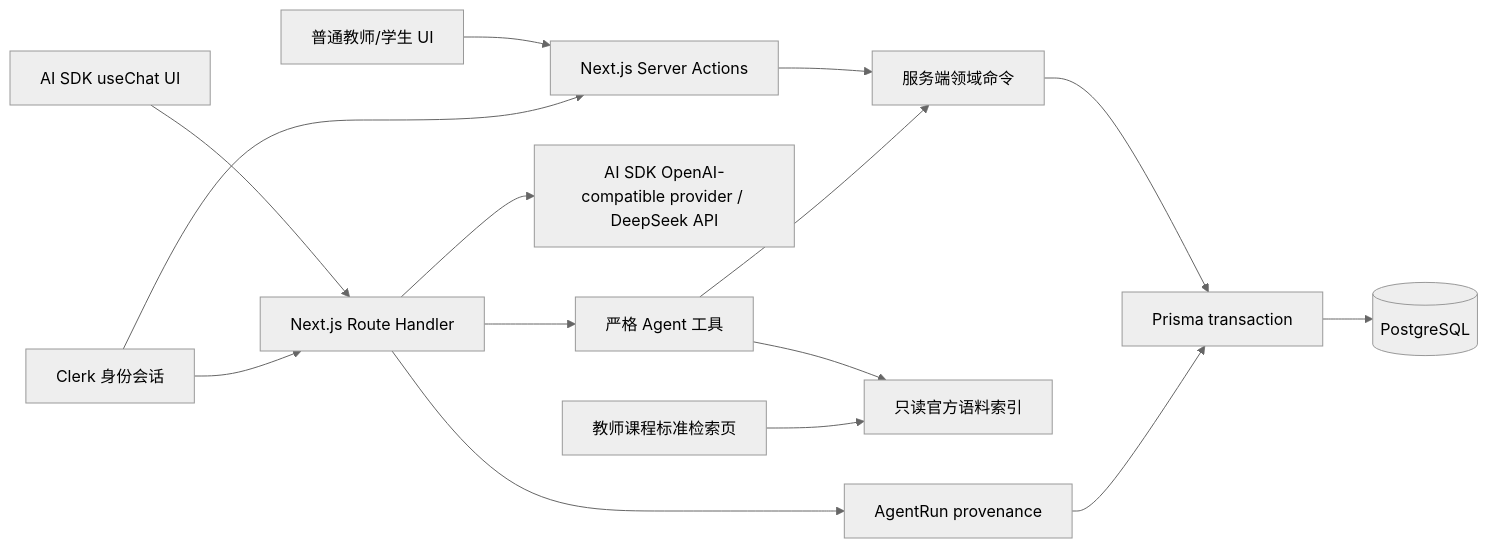
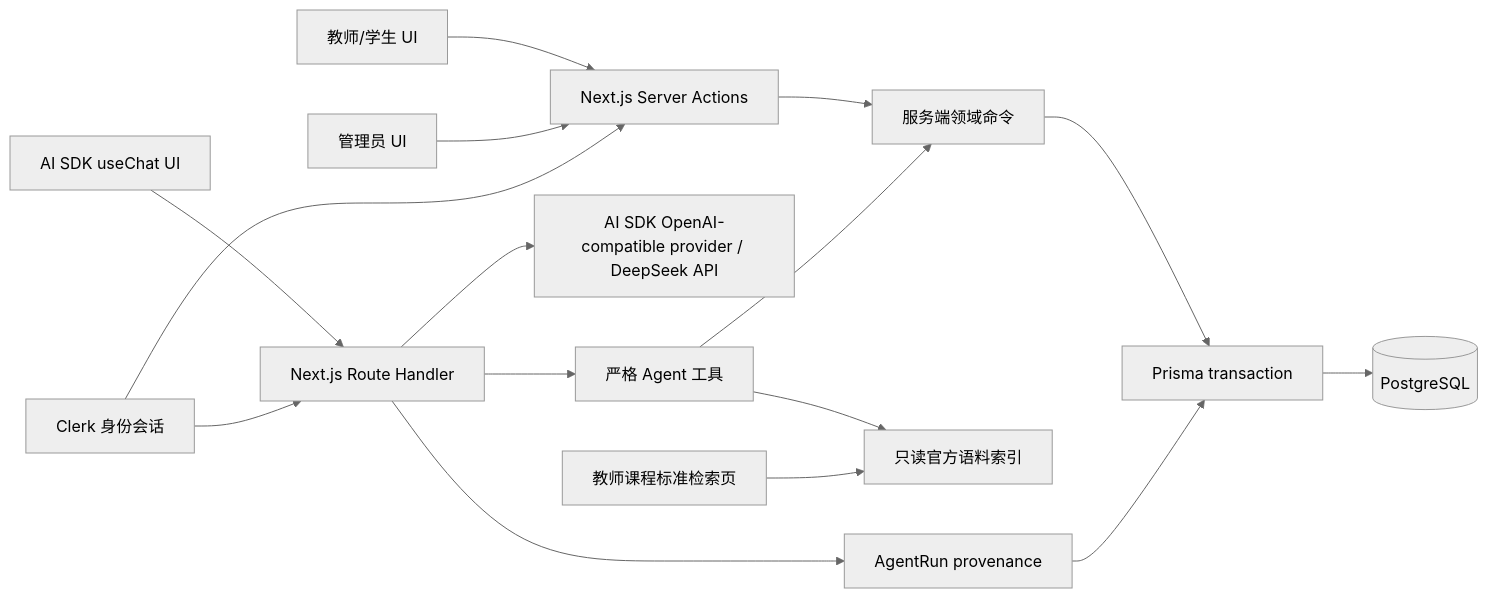
Before and after one commit to linics/cdas-next: the diagram in ARCHITECTURE.md, drawn with Mermaid (neutral theme). The commit also changed other lines of this file and 157 other files, not shown here.

````diff
--- a/ARCHITECTURE.md
+++ b/ARCHITECTURE.md
@@ -8,17 +8,18 @@
 ```mermaid
 flowchart LR
-  UI[普通教师/学生 UI] --> Entry[Next.js Server Actions]
+  UI[教师/学生 UI] --> Entry[Next.js Server Actions]
+  AdminUI[管理员 UI] --> Entry
   Agent[AI SDK useChat UI] --> AgentRoute[Next.js Route Handler]
   Clerk[Clerk 身份会话] --> Entry
   Clerk --> AgentRoute
   Entry --> Commands[服务端领域命令]
   AgentRoute --> AI[AI SDK OpenAI-compatible provider / DeepSeek API]
   AgentRoute --> Tools[严格 Agent 工具]
   Tools --> Commands
   Tools --> Knowledge[只读官方语料索引]
   AgentRoute --> Run[AgentRun provenance]
   KnowledgePage[教师课程标准检索页] --> Knowledge
   Commands --> Prisma[Prisma transaction]
   Run --> Prisma
   Prisma --> PG[(PostgreSQL)]
 ```
````
